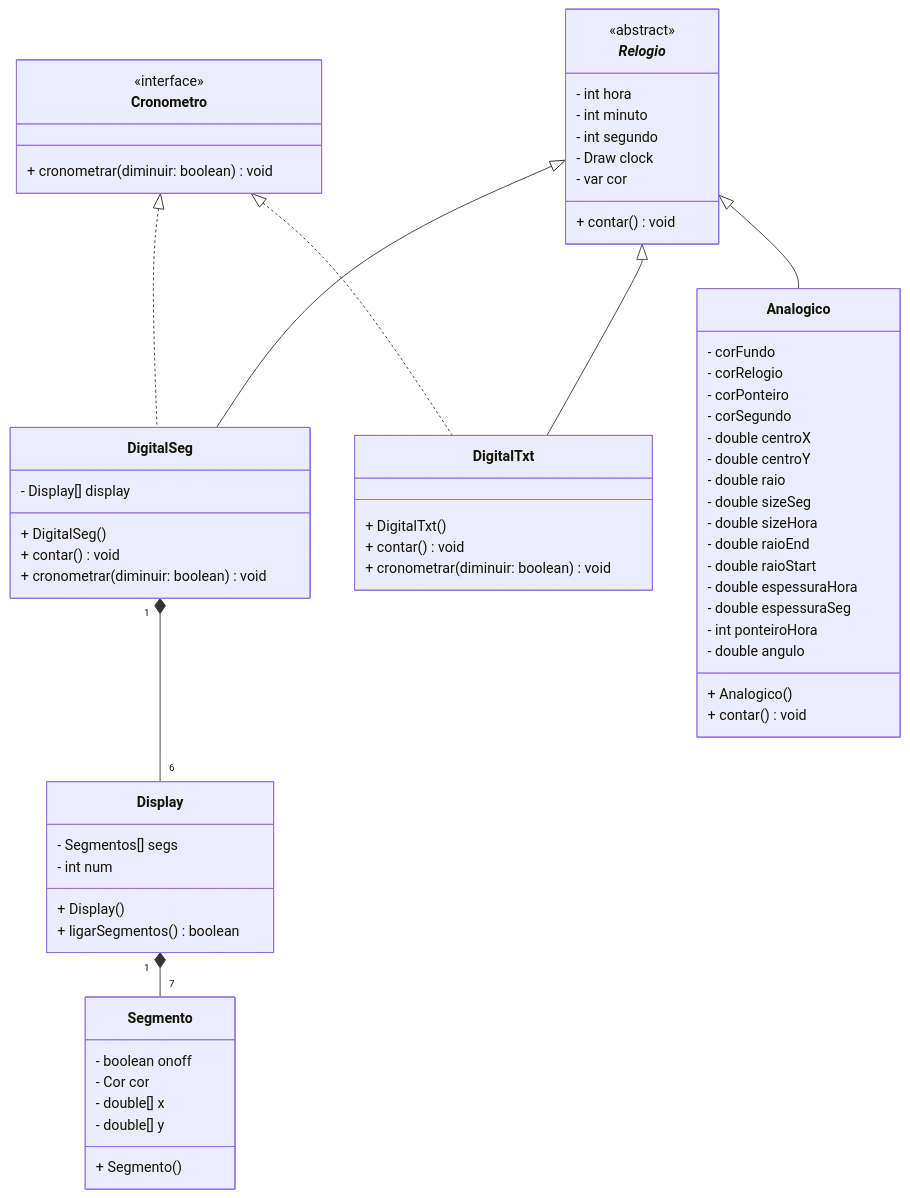
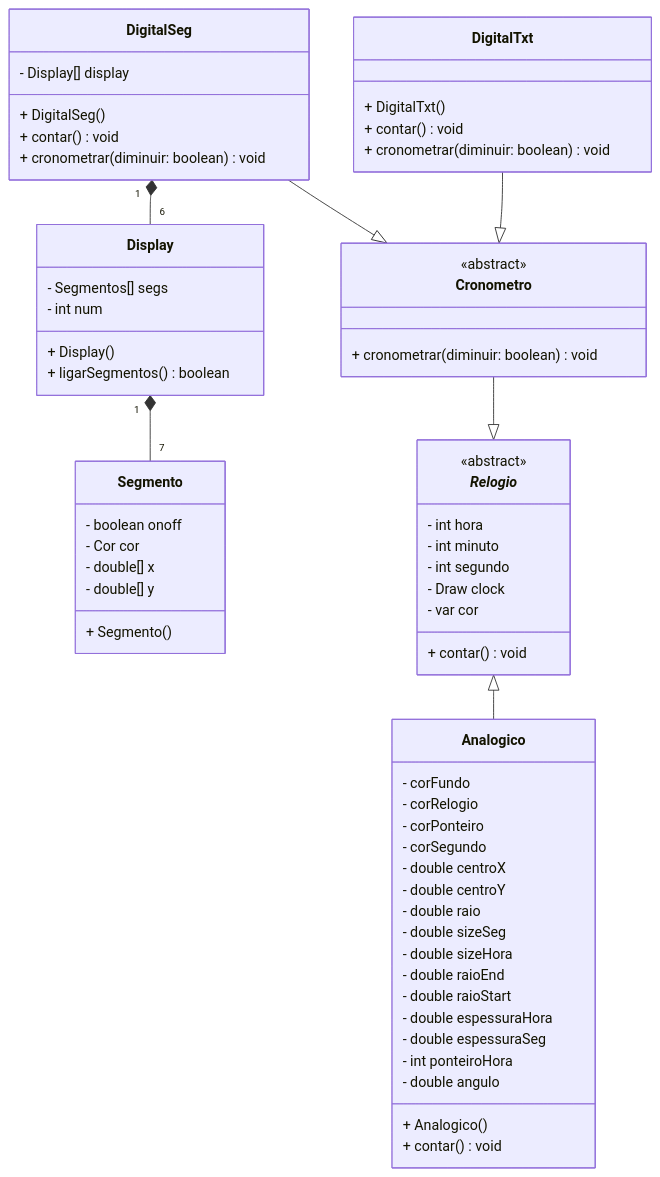
The diagram in lab-06/README.md (Aluno55/POO), drawn with Mermaid before and after one commit. The commit also changed 3 other files, not shown here.

````diff
--- a/lab-06/README.md
+++ b/lab-06/README.md
@@ -1,68 +1,66 @@
 ```mermaid
 classDiagram
     class _Relogio_{
         <<abstract>>
         - int hora
         - int minuto
         - int segundo
         - Draw clock
         - var cor
         + contar () void
     }
-    class Cronometro {
-        <<interface>>
-        + cronometrar (diminuir: boolean) void
-    }
-    Cronometro <|.. DigitalSeg
-    Cronometro <|.. DigitalTxt
     class DigitalSeg{
         - Display[] display
         + DigitalSeg ()
         + contar () void
         + cronometrar (diminuir: boolean) void
     }
     class Display{
         - Segmentos[] segs
         - int num
         + Display ()
         + ligarSegmentos () boolean
     }
     class Segmento{
         - boolean onoff
         - Cor cor
         - double[] x
         - double[] y
         + Segmento ()
     }
     class Analogico{
         - corFundo
         - corRelogio
         - corPonteiro
         - corSegundo
         - double centroX
         - double centroY
         - double raio
         - double sizeSeg
         - double sizeHora
         - double raioEnd
         - double raioStart
         - double espessuraHora
         - double espessuraSeg
         - int ponteiroHora
         - double angulo
         + Analogico ()
         + contar () void
     }
     class DigitalTxt{
         + DigitalTxt ()
         + contar () void
         + cronometrar (diminuir: boolean) void
     }
 
-    _Relogio_ <|-- DigitalSeg
-    _Relogio_ <|-- DigitalTxt
-    _Relogio_ <|-- Analogico
     Display "1"*--"7"Segmento
     DigitalSeg "1"*--"6" Display
-
+    Cronometro --|> _Relogio_
+    DigitalSeg--|>Cronometro
+    DigitalTxt--|>Cronometro
+    _Relogio_ <|-- Analogico
+    class Cronometro{
+        <<abstract>>
+        + cronometrar (diminuir: boolean) void
+        }
 ```
````
